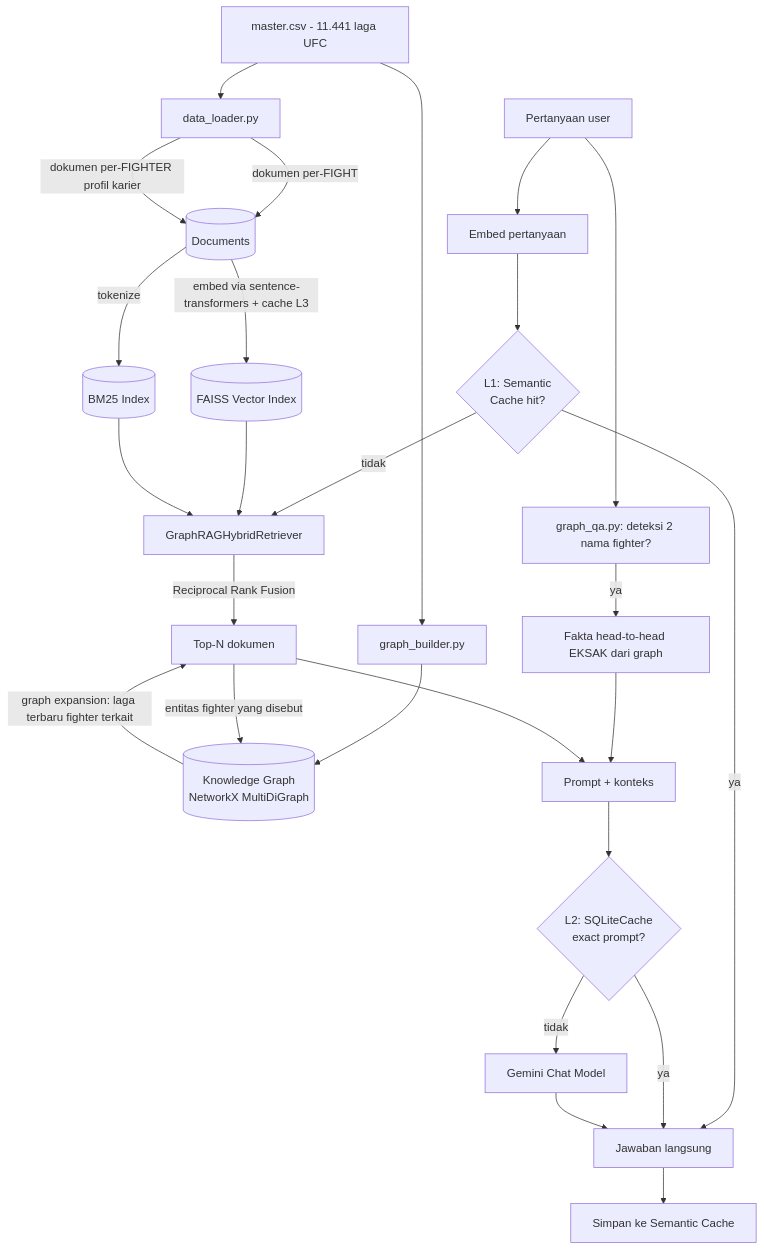
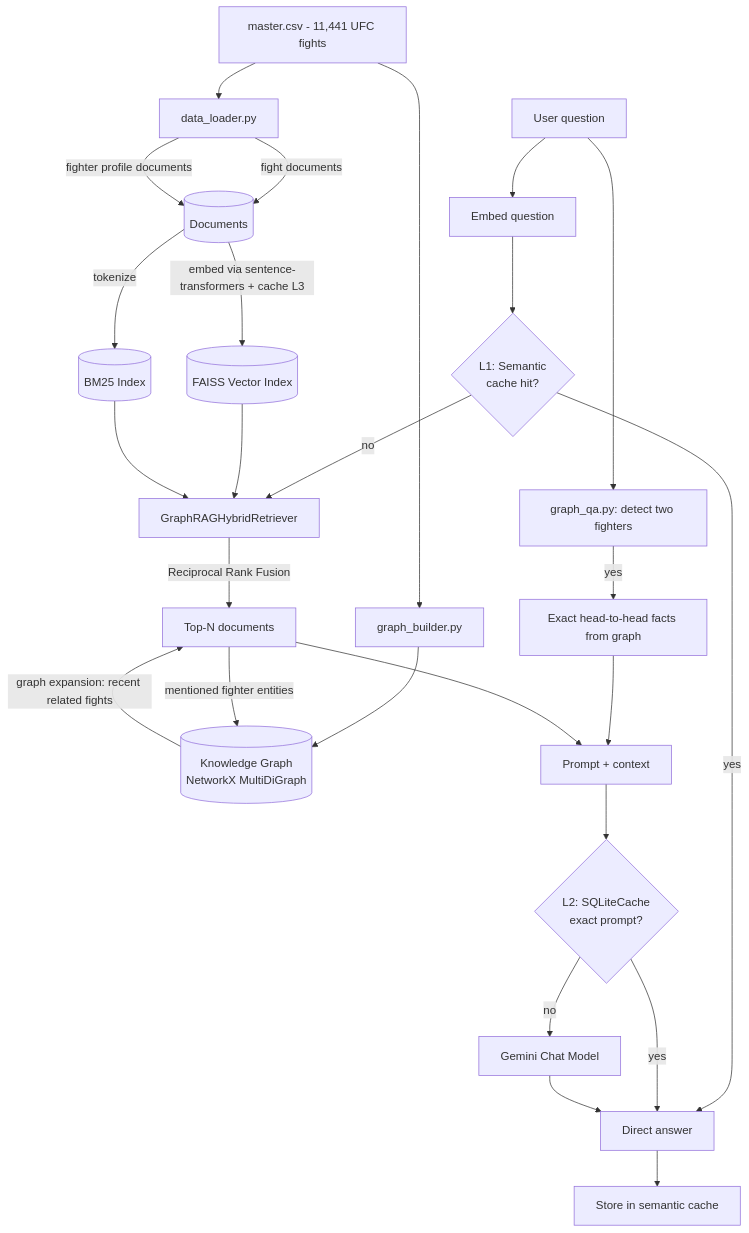
Before and after one commit to andikaprasetyaaa/UFC-GraphRAG: the diagram in README.md, drawn with Mermaid. The commit also changed other lines of this file, not shown here.

````diff
--- a/README.md
+++ b/README.md
@@ -25,32 +22,32 @@
 ```mermaid
 flowchart TD
-    CSV[master.csv - 11.441 laga UFC] --> DL[data_loader.py]
-    DL -->|dokumen per-FIGHT| DOCS[(Documents)]
-    DL -->|dokumen per-FIGHTER profil karier| DOCS
+    CSV[master.csv - 11,441 UFC fights] --> DL[data_loader.py]
+    DL -->|fight documents| DOCS[(Documents)]
+    DL -->|fighter profile documents| DOCS
     CSV --> GB[graph_builder.py]
     GB --> GRAPH[(Knowledge Graph<br/>NetworkX MultiDiGraph)]
 
     DOCS -->|embed via sentence-transformers + cache L3| FAISS[(FAISS Vector Index)]
     DOCS -->|tokenize| BM25[(BM25 Index)]
 
-    Q[Pertanyaan user] --> QEMBED[Embed pertanyaan]
-    QEMBED --> L1{L1: Semantic<br/>Cache hit?}
-    L1 -- ya --> ANSWER[Jawaban langsung]
-    L1 -- tidak --> HYBRID[GraphRAGHybridRetriever]
+    Q[User question] --> QEMBED[Embed question]
+    QEMBED --> L1{L1: Semantic<br/>cache hit?}
+    L1 -- yes --> ANSWER[Direct answer]
+    L1 -- no --> HYBRID[GraphRAGHybridRetriever]
 
     FAISS --> HYBRID
     BM25 --> HYBRID
-    HYBRID -->|Reciprocal Rank Fusion| FUSED[Top-N dokumen]
-    FUSED -->|entitas fighter yang disebut| GRAPH
-    GRAPH -->|graph expansion: laga terbaru fighter terkait| FUSED
+    HYBRID -->|Reciprocal Rank Fusion| FUSED[Top-N documents]
+    FUSED -->|mentioned fighter entities| GRAPH
+    GRAPH -->|graph expansion: recent related fights| FUSED
 
-    Q --> GQA[graph_qa.py: deteksi 2 nama fighter?]
-    GQA -->|ya| H2H[Fakta head-to-head EKSAK dari graph]
+    Q --> GQA[graph_qa.py: detect two fighters]
+    GQA -->|yes| H2H[Exact head-to-head facts from graph]
     H2H --> PROMPT
-    FUSED --> PROMPT[Prompt + konteks]
+    FUSED --> PROMPT[Prompt + context]
     PROMPT --> L2{L2: SQLiteCache<br/>exact prompt?}
-    L2 -- tidak --> GEMINI[Gemini Chat Model]
-    L2 -- ya --> ANSWER
+    L2 -- no --> GEMINI[Gemini Chat Model]
+    L2 -- yes --> ANSWER
     GEMINI --> ANSWER
-    ANSWER --> STORE[Simpan ke Semantic Cache]
+    ANSWER --> STORE[Store in semantic cache]
 ```
````
